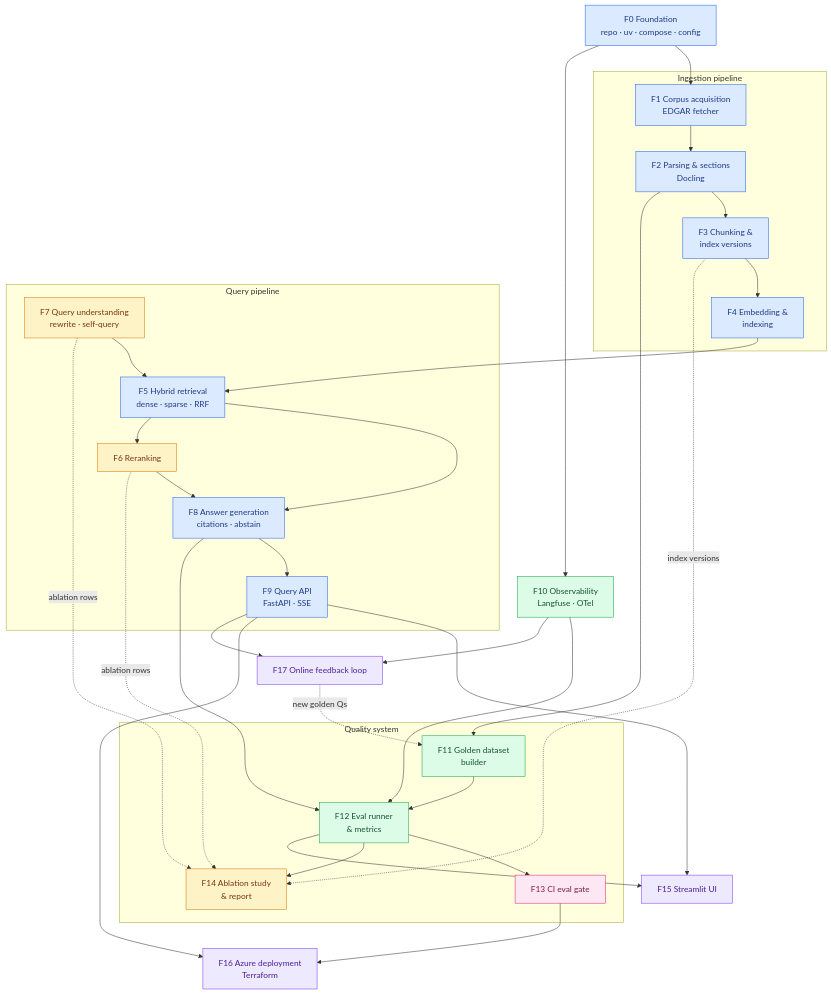
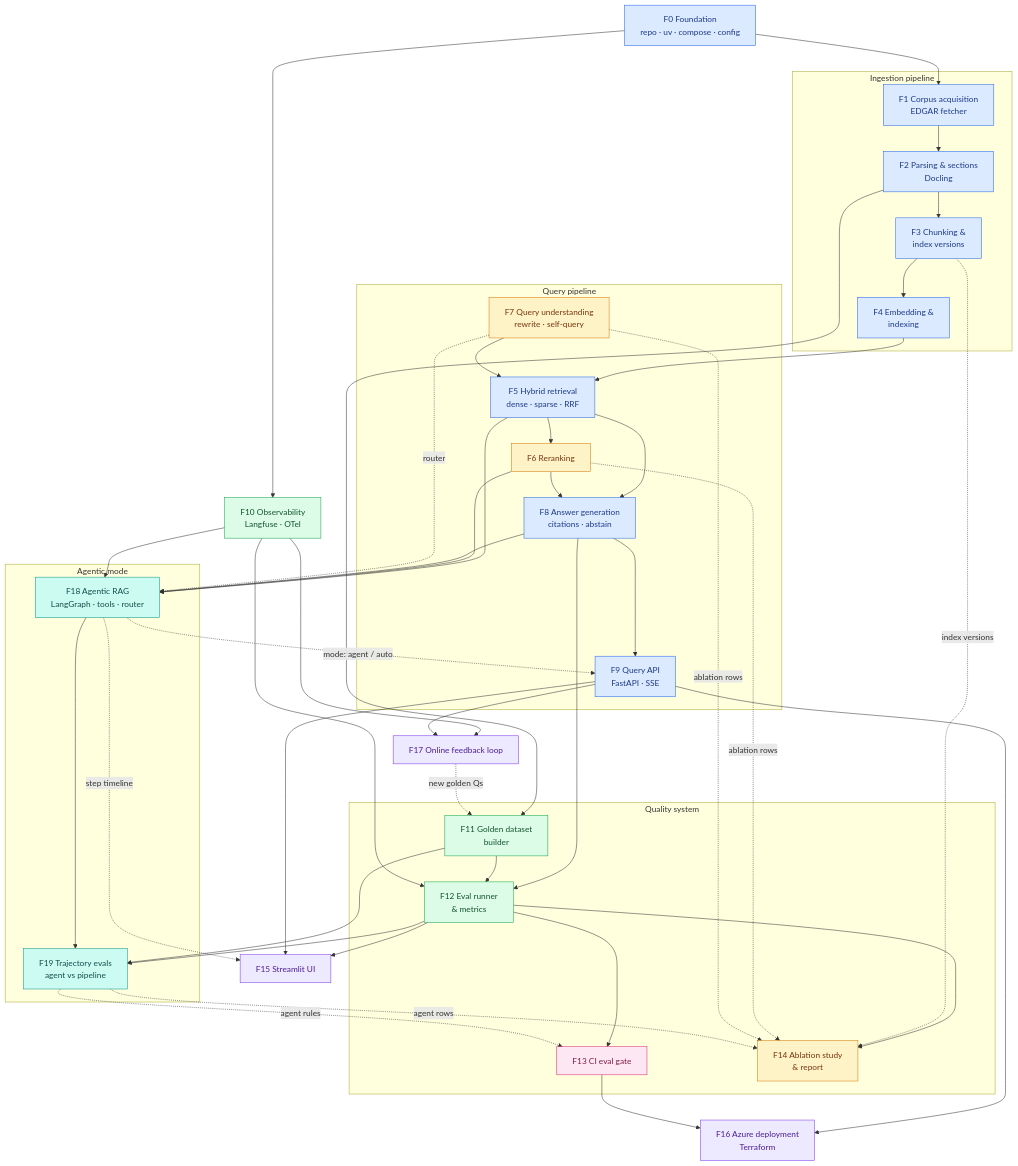
The second of 4 diagrams in projects/01-rag-eval-lab/docs/08-build-plan/README.md (pRiMeXoMeGa/AI-Learning-Projects), drawn with Mermaid before and after one commit. The commit also changed other lines of this file and 23 other files, not shown here.

First line of the commit message:
Add agentic RAG mode and beginner-friendly guides to Project 1

````diff
--- a/projects/01-rag-eval-lab/docs/08-build-plan/README.md
+++ b/projects/01-rag-eval-lab/docs/08-build-plan/README.md
@@ -33,7 +36,8 @@
     classDef m2 fill:#dcfce7,stroke:#16a34a,color:#14532d
     classDef m3 fill:#fef3c7,stroke:#d97706,color:#78350f
     classDef m4 fill:#fce7f3,stroke:#db2777,color:#831843
-    classDef m5 fill:#ede9fe,stroke:#7c3aed,color:#4c1d95
+    classDef m5 fill:#ccfbf1,stroke:#0d9488,color:#134e4a
+    classDef m6 fill:#ede9fe,stroke:#7c3aed,color:#4c1d95
 
     F0["F0 Foundation<br/>repo · uv · compose · config"]
 
@@ -57,6 +61,11 @@
         F12["F12 Eval runner<br/>& metrics"]
         F13["F13 CI eval gate"]
         F14["F14 Ablation study<br/>& report"]
+    end
+
+    subgraph AGT["Agentic mode"]
+        F18["F18 Agentic RAG<br/>LangGraph · tools · router"]
+        F19["F19 Trajectory evals<br/>agent vs pipeline"]
     end
 
     F10["F10 Observability<br/>Langfuse · OTel"]
@@ -87,10 +96,23 @@
     F10 --> F17
     F9 --> F17
     F17 -. "new golden Qs" .-> F11
+    F5 --> F18
+    F6 --> F18
+    F8 --> F18
+    F10 --> F18
+    F7 -. "router" .-> F18
+    F18 --> F19
+    F12 --> F19
+    F11 --> F19
+    F19 -. "agent rows" .-> F14
+    F19 -. "agent rules" .-> F13
+    F18 -. "mode: agent / auto" .-> F9
+    F18 -. "step timeline" .-> F15
 
     class F0,F1,F2,F3,F4,F5,F8,F9 m1
     class F10,F11,F12 m2
     class F6,F7,F14 m3
     class F13 m4
-    class F15,F16,F17 m5
+    class F18,F19 m5
+    class F15,F16,F17 m6
 ```
````
